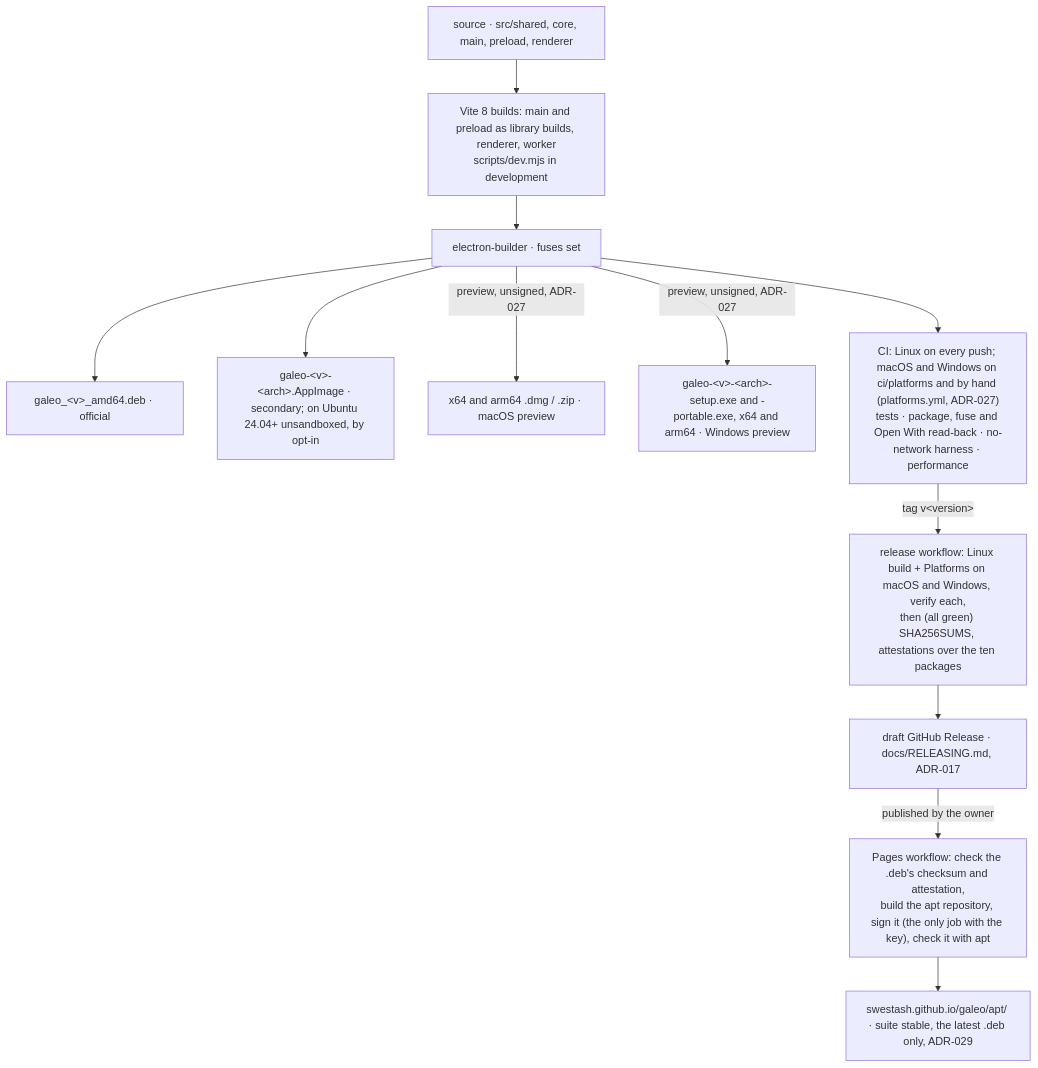
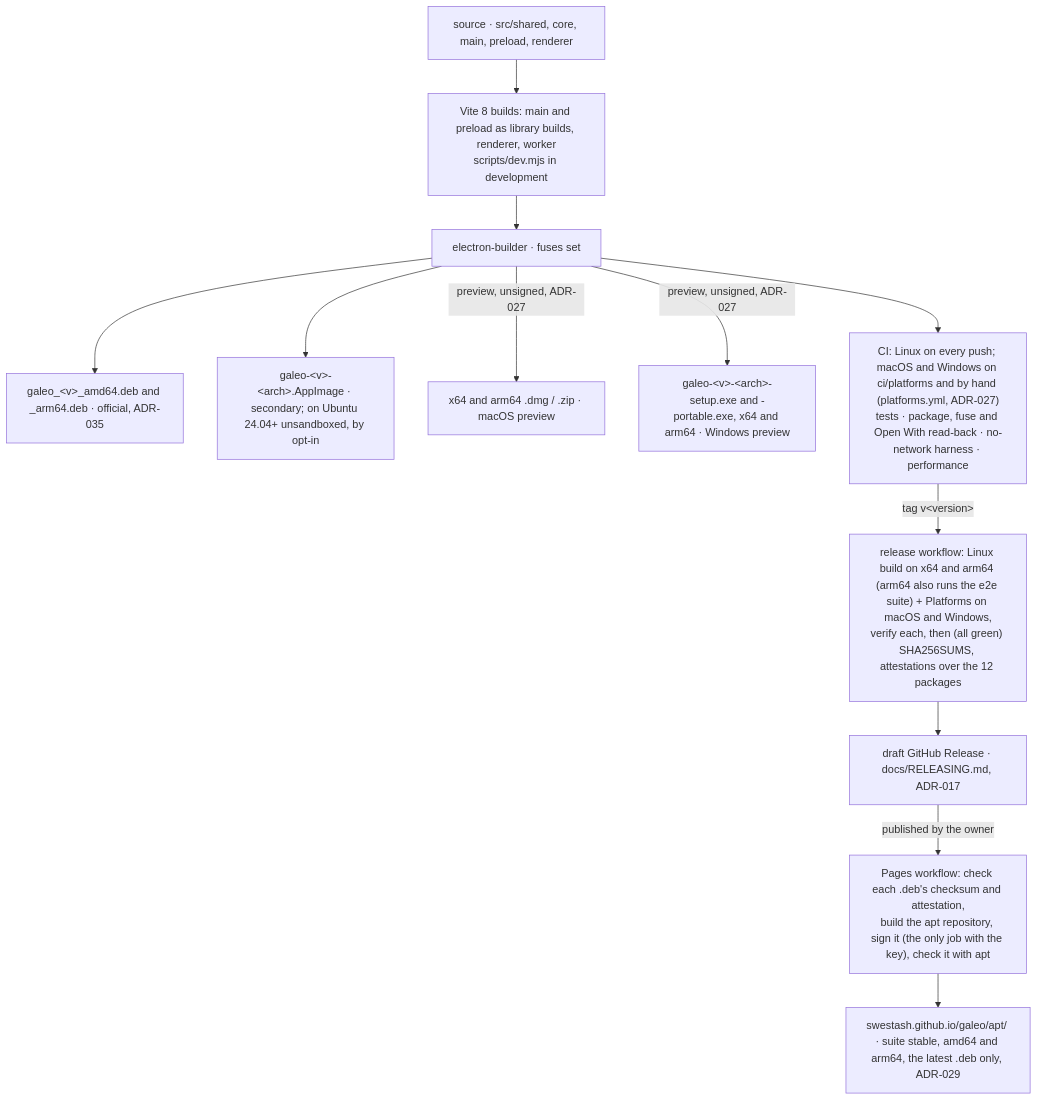
Before and after one commit to SWEStash/galeo: the eighth of 8 diagrams in docs/ARCHITECTURE.md, drawn with Mermaid. The commit also changed other lines of this file and 7 other files, not shown here.

First line of the commit message:
ci(release): build, test and attest the Linux packages on arm64 too

````diff
--- a/docs/ARCHITECTURE.md
+++ b/docs/ARCHITECTURE.md
@@ -476,14 +477,14 @@
 ```mermaid
 flowchart TD
   src[source · src/shared, core, main, preload, renderer] --> vite[Vite 8 builds: main and preload as library builds, renderer, worker<br/>scripts/dev.mjs in development]
   vite --> eb[electron-builder · fuses set]
-  eb --> deb[galeo_#lt;v#gt;_amd64.deb · official]
+  eb --> deb[galeo_#lt;v#gt;_amd64.deb and _arm64.deb · official, ADR-035]
   eb --> appimage[galeo-#lt;v#gt;-#lt;arch#gt;.AppImage · secondary; on Ubuntu 24.04+ unsandboxed, by opt-in]
   eb -- "preview, unsigned, ADR-027" --> mac[x64 and arm64 .dmg / .zip · macOS preview]
   eb -- "preview, unsigned, ADR-027" --> win[galeo-#lt;v#gt;-#lt;arch#gt;-setup.exe and -portable.exe, x64 and arm64 · Windows preview]
   eb --> ci["CI: Linux on every push; macOS and Windows on ci/platforms and by hand (platforms.yml, ADR-027)<br/>tests · package, fuse and Open With read-back · no-network harness · performance"]
-  ci -- "tag v#lt;version#gt;" --> release["release workflow: Linux build + Platforms on macOS and Windows, verify each,<br/>then (all green) SHA256SUMS, attestations over the ten packages"]
+  ci -- "tag v#lt;version#gt;" --> release["release workflow: Linux build on x64 and arm64 (arm64 also runs the e2e suite) + Platforms on macOS and Windows,<br/>verify each, then (all green) SHA256SUMS, attestations over the 12 packages"]
   release --> draft[draft GitHub Release · docs/RELEASING.md, ADR-017]
-  draft -- "published by the owner" --> pages["Pages workflow: check the .deb's checksum and attestation,<br/>build the apt repository, sign it (the only job with the key), check it with apt"]
-  pages --> apt[swestash.github.io/galeo/apt/ · suite stable, the latest .deb only, ADR-029]
+  draft -- "published by the owner" --> pages["Pages workflow: check each .deb's checksum and attestation,<br/>build the apt repository, sign it (the only job with the key), check it with apt"]
+  pages --> apt[swestash.github.io/galeo/apt/ · suite stable, amd64 and arm64, the latest .deb only, ADR-029]
 ```
````
